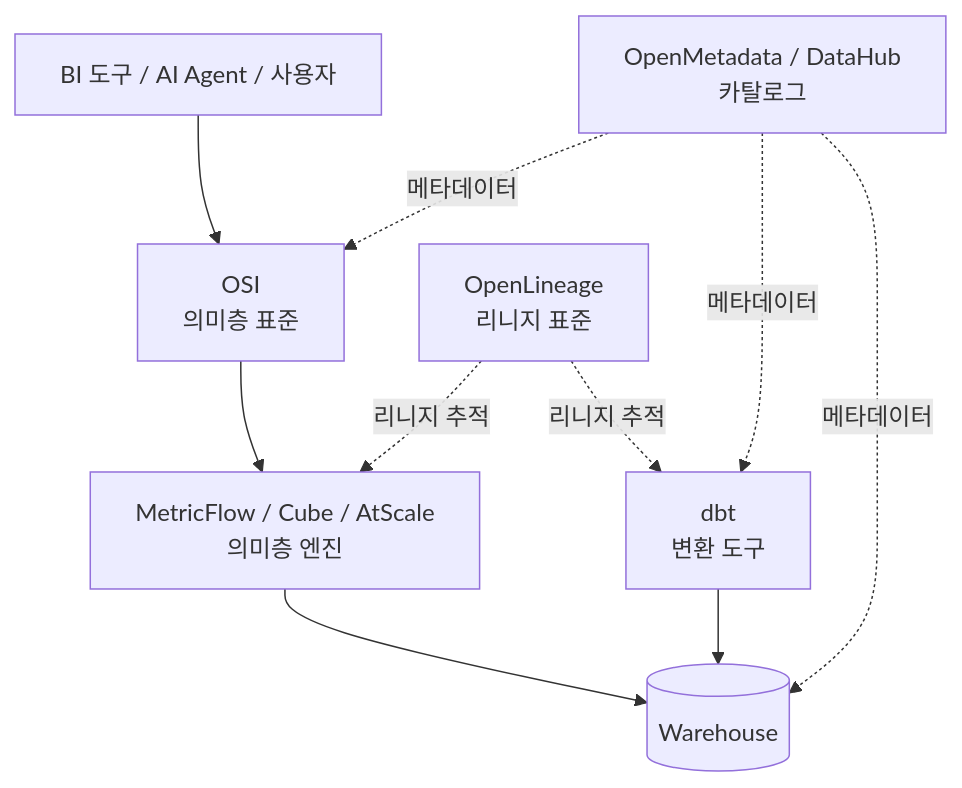
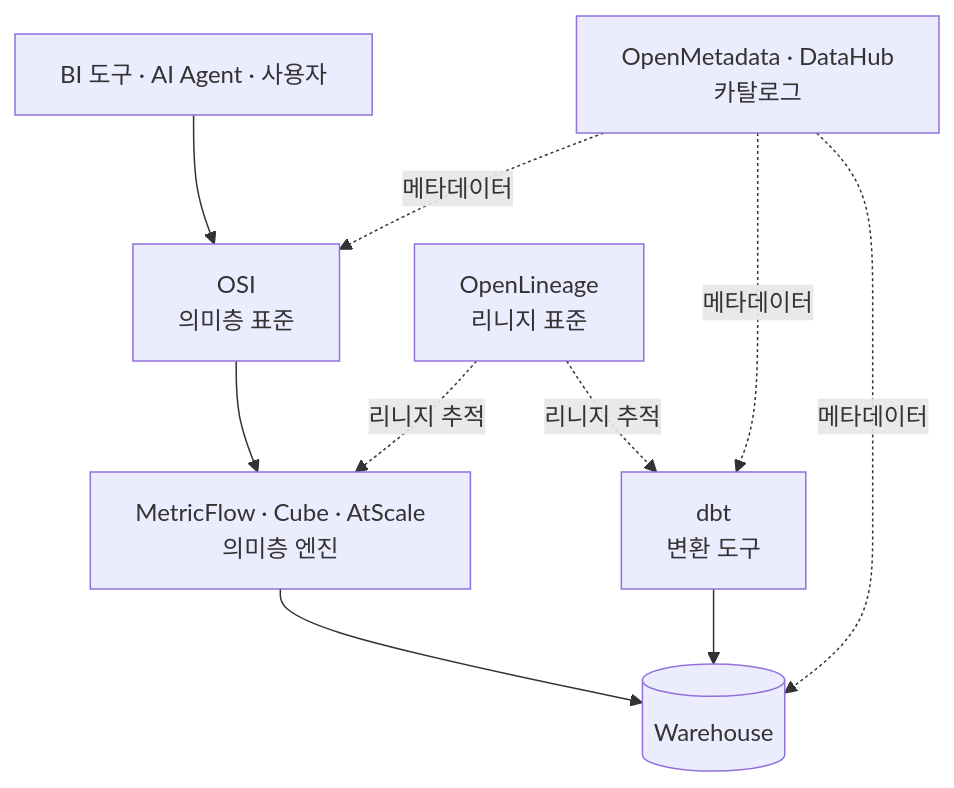
Before and after one commit to sangyun628/research: the eighth of 8 diagrams in data-platforms/osi/OSI_적용_참고서.md, drawn with Mermaid. The commit also changed other lines of this file, not shown here.

First line of the commit message:
fix(osi): mermaid 다이어그램 8개 파싱 에러 수정

````diff
--- a/data-platforms/osi/OSI_적용_참고서.md
+++ b/data-platforms/osi/OSI_적용_참고서.md
@@ -692,20 +692,20 @@
 ```mermaid
 flowchart TD
-    UI[BI 도구 / AI Agent / 사용자]
-    OSI[OSI<br/>의미층 표준]
-    SL[MetricFlow / Cube / AtScale<br/>의미층 엔진]
-    OL[OpenLineage<br/>리니지 표준]
-    OM[OpenMetadata / DataHub<br/>카탈로그]
-    DBT[dbt<br/>변환 도구]
-    DW[(Warehouse)]
+    UI["BI 도구 · AI Agent · 사용자"]
+    OSI["OSI<br/>의미층 표준"]
+    SL["MetricFlow · Cube · AtScale<br/>의미층 엔진"]
+    OL["OpenLineage<br/>리니지 표준"]
+    OM["OpenMetadata · DataHub<br/>카탈로그"]
+    DBT["dbt<br/>변환 도구"]
+    DW[("Warehouse")]
     
     UI --> OSI
     OSI --> SL
     SL --> DW
     DBT --> DW
-    OL -.리니지 추적.-> SL
-    OL -.리니지 추적.-> DBT
-    OM -.메타데이터.-> OSI
-    OM -.메타데이터.-> DBT
-    OM -.메타데이터.-> DW
+    OL -. 리니지 추적 .-> SL
+    OL -. 리니지 추적 .-> DBT
+    OM -. 메타데이터 .-> OSI
+    OM -. 메타데이터 .-> DBT
+    OM -. 메타데이터 .-> DW
 ```
````
